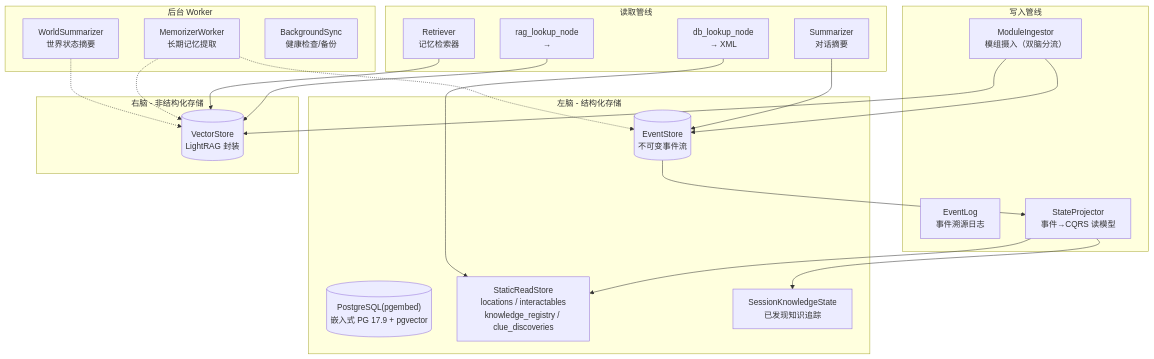
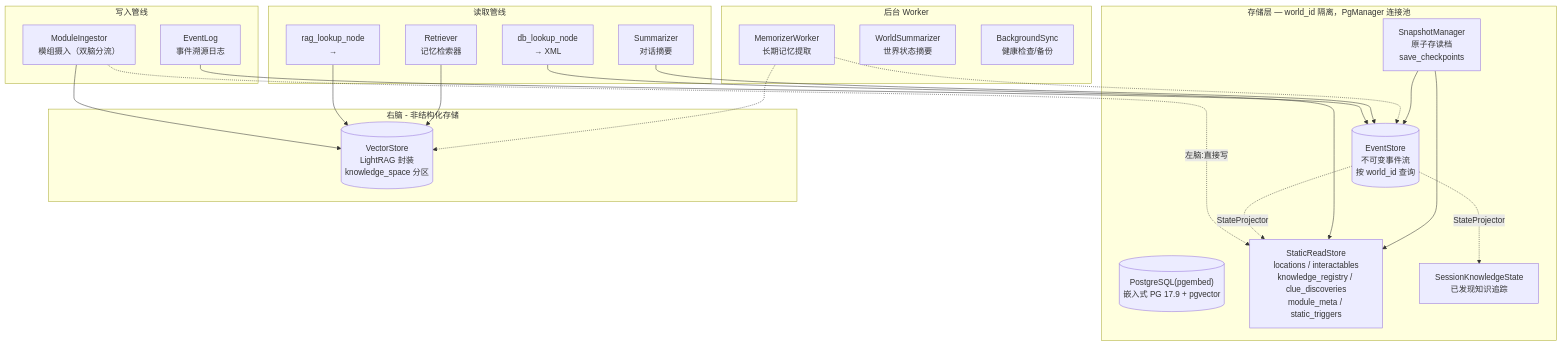
The second of 2 diagrams in README.md (pineoncellar/glyphkeeper), drawn with Mermaid before and after one commit. The commit also changed other lines of this file, not shown here.

````diff
--- a/README.md
+++ b/README.md
@@ -262,45 +262,46 @@
 ```mermaid
 graph TB
     subgraph "写入管线"
         Ingestion["ModuleIngestor<br/>模组摄入（双脑分流）"]
         EventLog["EventLog<br/>事件溯源日志"]
-        Projector["StateProjector<br/>事件→CQRS 读模型"]
     end
 
-    subgraph "左脑 - 结构化存储"
-        ES[("EventStore<br/>不可变事件流")]
+    subgraph "存储层 — world_id 隔离，PgManager 连接池"
+        ES[("EventStore<br/>不可变事件流<br/>按 world_id 查询")]
         PG[("PostgreSQL(pgembed)<br/>嵌入式 PG 17.9 + pgvector")]
-        CQRS["StaticReadStore<br/>locations / interactables<br/>knowledge_registry / clue_discoveries"]
+        CQRS["StaticReadStore<br/>locations / interactables<br/>knowledge_registry / clue_discoveries<br/>module_meta / static_triggers"]
         SKS["SessionKnowledgeState<br/>已发现知识追踪"]
+        Snap["SnapshotManager<br/>原子存读档<br/>save_checkpoints"]
     end
 
     subgraph "右脑 - 非结构化存储"
-        VS[("VectorStore<br/>LightRAG 封装")]
+        VS[("VectorStore<br/>LightRAG 封装<br/>knowledge_space 分区")]
     end
 
     subgraph "读取管线"
         Retriever["Retriever<br/>记忆检索器"]
         Summarizer["Summarizer<br/>对话摘要"]
         DBLookup["db_lookup_node<br/>→ <physical_reality> XML"]
         RAGLookup["rag_lookup_node<br/>→ <semantic_knowledge>"]
     end
 
     subgraph "后台 Worker"
         MW["MemorizerWorker<br/>长期记忆提取"]
         WS["WorldSummarizer<br/>世界状态摘要"]
         BS["BackgroundSync<br/>健康检查/备份"]
     end
 
-    Ingestion --> ES
+    Ingestion -.->|左脑:直接写| CQRS
     Ingestion --> VS
-    ES --> Projector
-    Projector --> CQRS
-    Projector --> SKS
+    EventLog --> ES
+    ES -.->|StateProjector| CQRS
+    ES -.->|StateProjector| SKS
     DBLookup --> CQRS
     RAGLookup --> VS
     Retriever --> VS
     Summarizer --> ES
     MW -.-> ES
     MW -.-> VS
-    WS -.-> VS
+    Snap --> ES
+    Snap --> CQRS
 ```
````
